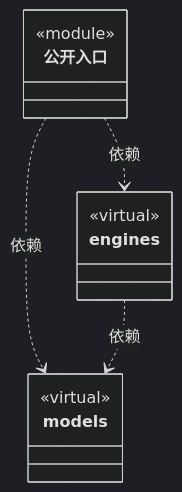
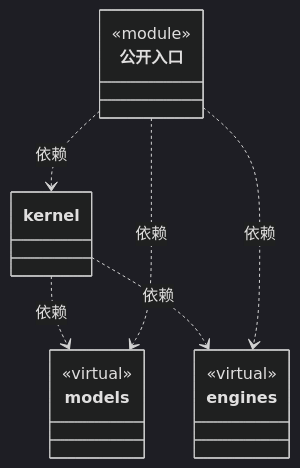
Before and after one commit to nan023062/cbim: the diagram in src/framework/kernel/ARCHITECTURE.md, drawn with Mermaid (dark theme). The commit also changed other lines of this file and 480 other files, not shown here.

````diff
--- a/src/framework/kernel/ARCHITECTURE.md
+++ b/src/framework/kernel/ARCHITECTURE.md
@@ -22,18 +62,22 @@
 ```mermaid
 classDiagram
 class N_b9dc19c9077e["公开入口"] {
   <<module>>
 }
 click N_b9dc19c9077e href "index.ts"
+class N_ff6c79d48289["kernel"]
+click N_ff6c79d48289 href "kernel.ts"
 class N_c9443e59b1aa["engines"] {
   <<virtual>>
 }
 click N_c9443e59b1aa href "engines/ARCHITECTURE.md"
 class N_75019cc5f7d1["models"] {
   <<virtual>>
 }
 click N_75019cc5f7d1 href "models/ARCHITECTURE.md"
+N_ff6c79d48289 ..> N_75019cc5f7d1 : 依赖
+N_ff6c79d48289 ..> N_c9443e59b1aa : 依赖
+N_b9dc19c9077e ..> N_ff6c79d48289 : 依赖
 N_b9dc19c9077e ..> N_c9443e59b1aa : 依赖
 N_b9dc19c9077e ..> N_75019cc5f7d1 : 依赖
-N_c9443e59b1aa ..> N_75019cc5f7d1 : 依赖
 ```
````
